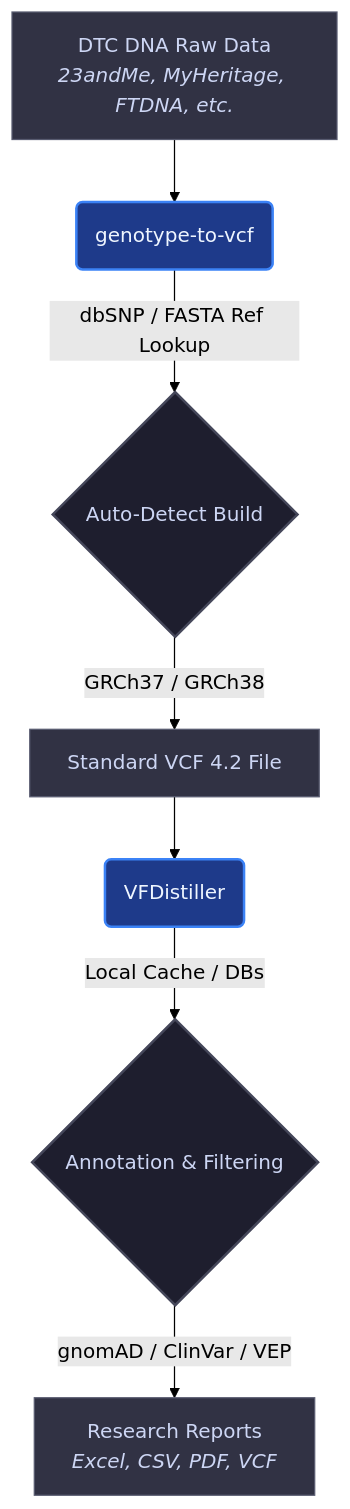
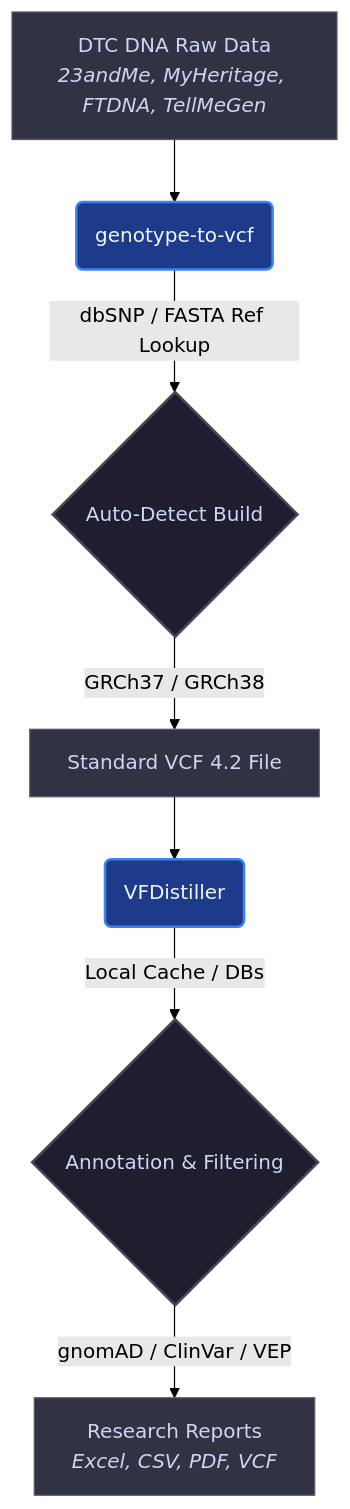
One commit to biotec-line/.github changed the diagram in profile/README.md. Above: the diagram before and after it, drawn with Mermaid (forest theme). The commit also changed other lines of this file and 4 other files, not shown here.

````diff
--- a/profile/README.md
+++ b/profile/README.md
@@ -40,17 +42,17 @@
 ```mermaid
 graph TD
-    Input[DTC DNA Raw Data<br/><i>23andMe, MyHeritage, FTDNA, etc.</i>] --> G2V(genotype-to-vcf)
+    Input[DTC DNA Raw Data<br/><i>23andMe, MyHeritage, FTDNA, TellMeGen</i>] --> G2V(genotype-to-vcf)
     
     G2V -->|dbSNP / FASTA Ref Lookup| BuildDetect{Auto-Detect Build}
     BuildDetect -->|GRCh37 / GRCh38| OutVCF[Standard VCF 4.2 File]
     
     OutVCF --> VFD(VFDistiller)
     VFD -->|Local Cache / DBs| Annotate{Annotation & Filtering}
     Annotate -->|gnomAD / ClinVar / VEP| Reports[Research Reports<br/><i>Excel, CSV, PDF, VCF</i>]
     
     classDef default fill:#1e1e2e,stroke:#45475a,stroke-width:2px,color:#cdd6f4;
     classDef tool fill:#1e3a8a,stroke:#3b82f6,stroke-width:2px,color:#eff6ff;
     classDef data fill:#313244,stroke:#585b70,stroke-width:1px,color:#cdd6f4;
     class G2V,VFD tool;
     class Input,OutVCF,Reports data;
 ```
````
